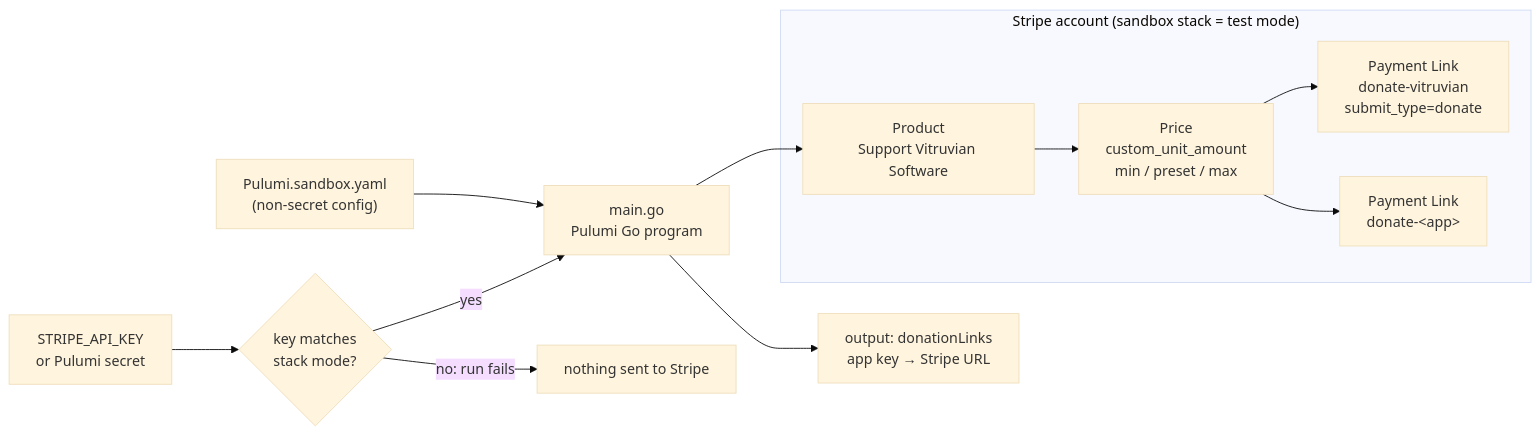
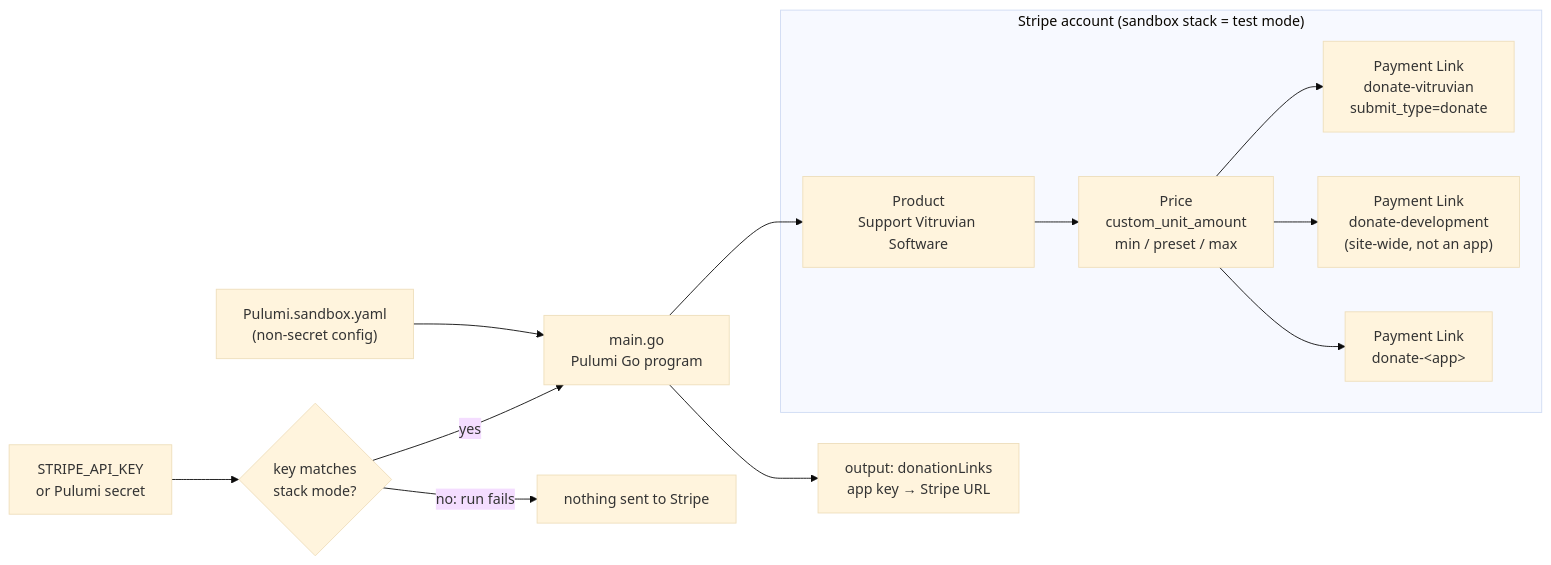
One commit to VitruvianSoftware/vitruvian-core changed the second of 5 diagrams in infrastructure/pulumi/platform/stripe/README.md. Above: the diagram before and after it, drawn with Mermaid (base theme). The commit also changed other lines of this file and 9 other files, not shown here.

First line of the commit message:
feat(vitruviansoftware-dev): general "support development" donations at /donate/

````diff
--- a/infrastructure/pulumi/platform/stripe/README.md
+++ b/infrastructure/pulumi/platform/stripe/README.md
@@ -63,18 +63,20 @@
 ```mermaid
 flowchart LR
   subgraph Stripe["Stripe account (sandbox stack = test mode)"]
     P["Product<br/>Support Vitruvian Software"]
     PR["Price<br/>custom_unit_amount<br/>min / preset / max"]
     L1["Payment Link<br/>donate-vitruvian<br/>submit_type=donate"]
-    L2["Payment Link<br/>donate-&lt;app&gt;"]
+    L2["Payment Link<br/>donate-development<br/>(site-wide, not an app)"]
+    L3["Payment Link<br/>donate-&lt;app&gt;"]
     P --> PR
     PR --> L1
     PR --> L2
+    PR --> L3
   end
   Cfg["Pulumi.sandbox.yaml<br/>(non-secret config)"] --> Prog["main.go<br/>Pulumi Go program"]
   Key["STRIPE_API_KEY<br/>or Pulumi secret"] --> Guard{"key matches<br/>stack mode?"}
   Guard -- "no: run fails" --> X["nothing sent to Stripe"]
   Guard -- yes --> Prog
   Prog --> P
   Prog --> Out["output: donationLinks<br/>app key → Stripe URL"]
 ```
````
